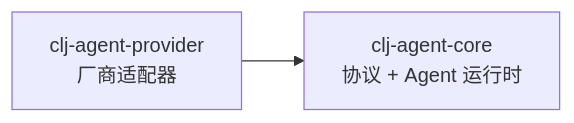
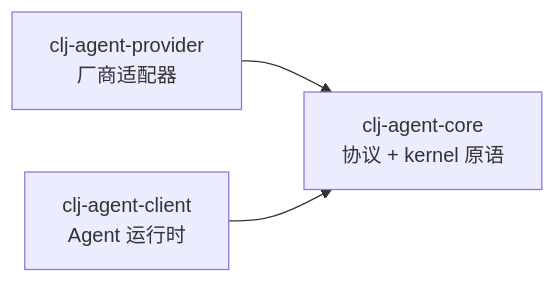
One commit to TTalkPro/clj-agent changed the second of 2 diagrams in README.md. Above: the diagram before and after it, drawn with Mermaid. The commit also changed other lines of this file and 29 other files, not shown here.

First line of the commit message:
refactor: 拆分 clj-agent-client 模块（onion-filter 设计收尾）

````diff
--- a/README.md
+++ b/README.md
@@ -82,7 +85,9 @@
 ```mermaid
 graph LR
     provider[clj-agent-provider<br/>厂商适配器]
-    core[clj-agent-core<br/>协议 + Agent 运行时]
+    client[clj-agent-client<br/>Agent 运行时]
+    core[clj-agent-core<br/>协议 + kernel 原语]
 
     provider --> core
+    client --> core
 ```
````
